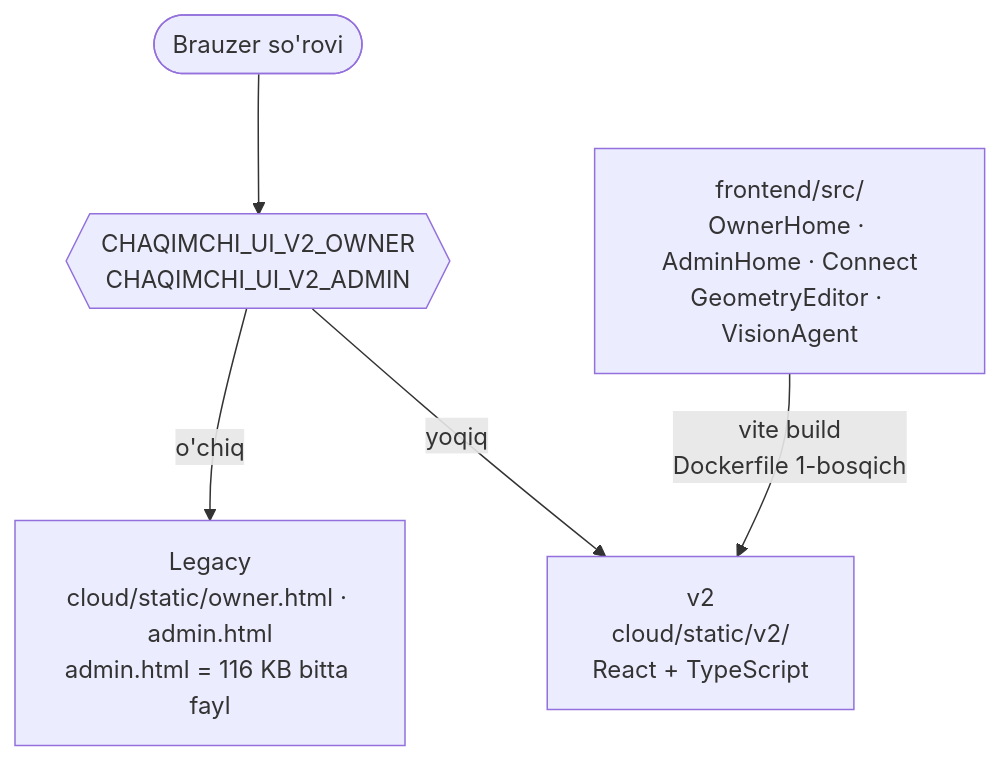
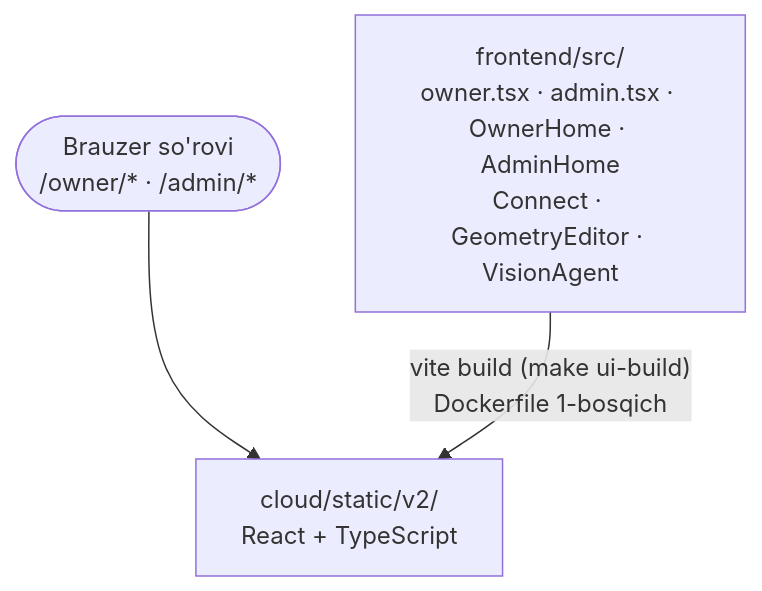
Before and after one commit to techjadid2-debug/chaqimchi-ai: the ninth of 9 diagrams in docs/ARXITEKTURA_XARITASI.md, drawn with Mermaid. The commit also changed other lines of this file and 27 other files, not shown here.

````diff
--- a/docs/ARXITEKTURA_XARITASI.md
+++ b/docs/ARXITEKTURA_XARITASI.md
@@ -518,12 +521,9 @@
 ```mermaid
 flowchart TB
-  REQ(["Brauzer so'rovi"])
-  FLAG{{"CHAQIMCHI_UI_V2_OWNER<br/>CHAQIMCHI_UI_V2_ADMIN"}}
+  REQ(["Brauzer so'rovi<br/>/owner/* · /admin/*"])
+  NEW["cloud/static/v2/<br/>React + TypeScript"]
+  SRC["frontend/src/<br/>owner.tsx · admin.tsx · OwnerHome · AdminHome<br/>Connect · GeometryEditor · VisionAgent"]
 
-  REQ --> FLAG
-  FLAG -->|"o'chiq"| OLD["Legacy<br/>cloud/static/owner.html · admin.html<br/>admin.html = 116 KB bitta fayl"]
-  FLAG -->|"yoqiq"| NEW["v2<br/>cloud/static/v2/<br/>React + TypeScript"]
-
-  SRC["frontend/src/<br/>OwnerHome · AdminHome · Connect<br/>GeometryEditor · VisionAgent"]
-  SRC -->|"vite build<br/>Dockerfile 1-bosqich"| NEW
+  REQ --> NEW
+  SRC -->|"vite build (make ui-build)<br/>Dockerfile 1-bosqich"| NEW
 ```
````
